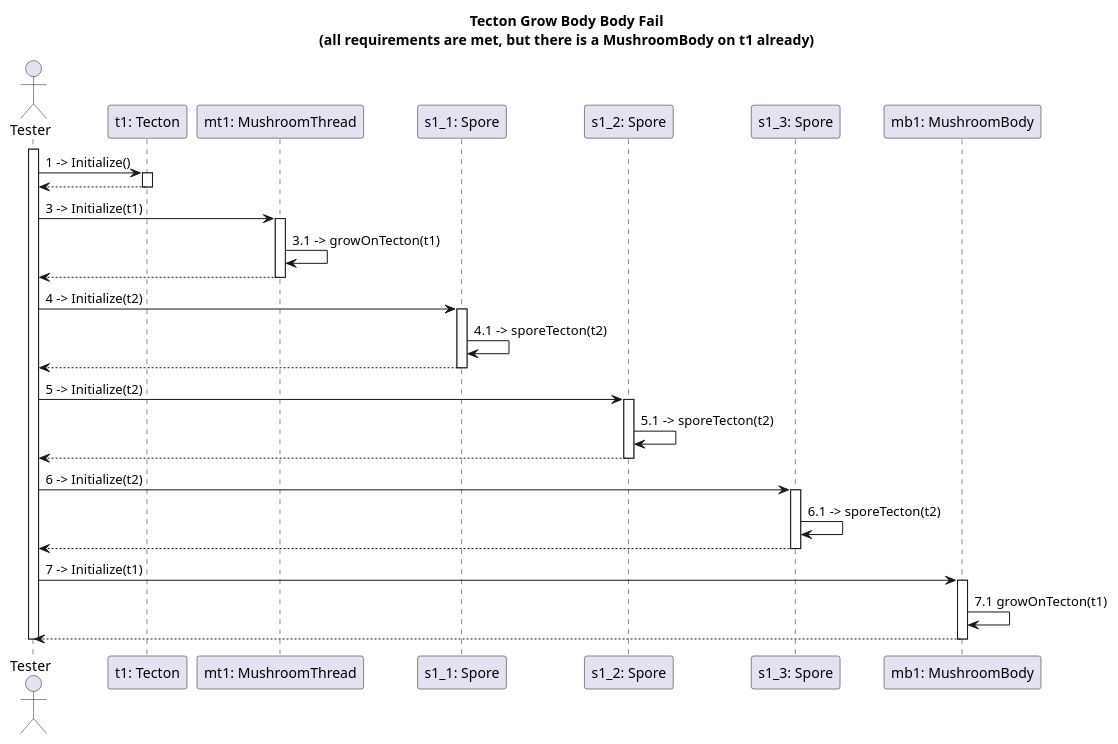
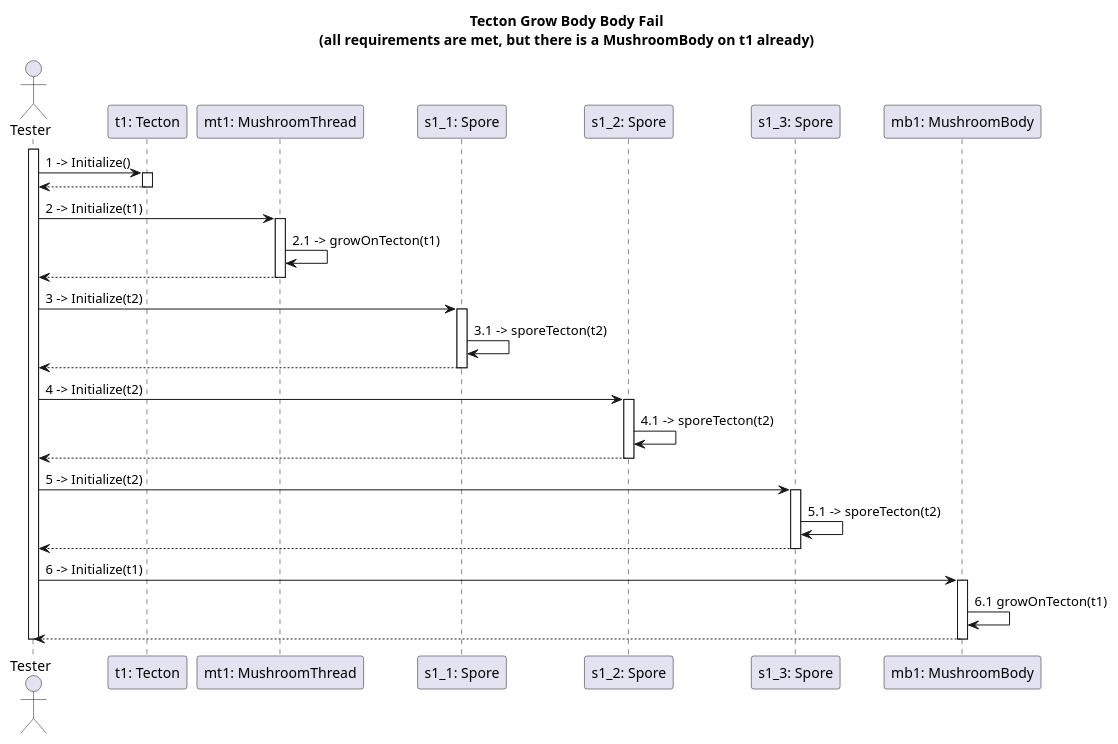
One commit to dzsem/projlab changed the diagram in diagrams/communication/tecton3_4.puml. Above: the diagram before and after it, drawn with PlantUML.

Commit message:
more numbering fixes

```diff
--- a/diagrams/communication/tecton3_4.puml
+++ b/diagrams/communication/tecton3_4.puml
@@ -6,84 +6,84 @@
 @startuml communicationTecton3_4
 
 title Tecton Grow Body Body Fail\n(all requirements are met, but there is a MushroomBody on t1 already)
 
 actor "Tester" as ts
 participant "t1: Tecton" as t1
 
 participant "mt1: MushroomThread" as mt1
 
 participant "s1_1: Spore" as s1_1
 participant "s1_2: Spore" as s1_2
 participant "s1_3: Spore" as s1_3
 
 participant "mb1: MushroomBody" as mb1
 
 activate ts
 
 ts -> t1: 1 -> Initialize()
 activate t1
 
 ts <-- t1
 deactivate t1
 
-ts -> mt1: 3 -> Initialize(t1)
+ts -> mt1: 2 -> Initialize(t1)
 activate mt1
 	' tecton beállítás
 	' growOnTecton() blackboxolja, hogy a Tecton MushroomThreadjei közé is felveszi magát
-	mt1 -> mt1: 3.1 -> growOnTecton(t1)
+	mt1 -> mt1: 2.1 -> growOnTecton(t1)
 
 ts <-- mt1
 deactivate mt1
 
 ' ------------------------------------------
 ' s1_1: t1-en
-ts -> s1_1: 4 -> Initialize(t2)
+ts -> s1_1: 3 -> Initialize(t2)
 activate s1_1
 
 ' sporeTecton blackboxolja, hogy a Tectonon hozzáadja magát a MushroomSporeok közé
-s1_1 -> s1_1: 4.1 -> sporeTecton(t2)
+s1_1 -> s1_1: 3.1 -> sporeTecton(t2)
 
 ts <-- s1_1
 deactivate s1_1
 
 
 ' ------------------------------------------
 ' s1_2: t1-en
-ts -> s1_2: 5 -> Initialize(t2)
+ts -> s1_2: 4 -> Initialize(t2)
 activate s1_2
 
 ' sporeTecton blackboxolja, hogy a Tectonon hozzáadja magát a MushroomSporeok közé
-s1_2 -> s1_2: 5.1 -> sporeTecton(t2)
+s1_2 -> s1_2: 4.1 -> sporeTecton(t2)
 
 ts <-- s1_2
 deactivate s1_2
 
 
 ' ------------------------------------------
 ' s1_3: t1-en
-ts -> s1_3: 6 -> Initialize(t2)
+ts -> s1_3: 5 -> Initialize(t2)
 activate s1_3
 
 ' sporeTecton blackboxolja, hogy a Tectonon hozzáadja magát a MushroomSporeok közé
-s1_3 -> s1_3: 6.1 -> sporeTecton(t2)
+s1_3 -> s1_3: 5.1 -> sporeTecton(t2)
 
 ts <-- s1_3
 deactivate s1_3
 
 
 ' ------------------------------------------
 ' mb1: 
 ' - t1-en nő
-ts -> mb1: 7 -> Initialize(t1)
+ts -> mb1: 6 -> Initialize(t1)
 activate mb1
 
 ' a growOnTecton() blackboxolja, hogy a Tectonon regisztrálja magát, mint MushroomBody
-mb1 -> mb1: 7.1 growOnTecton(t1)
+mb1 -> mb1: 6.1 growOnTecton(t1)
 
 ts <-- mb1
 deactivate mb1
 
 
 deactivate ts
 
 @enduml
```
